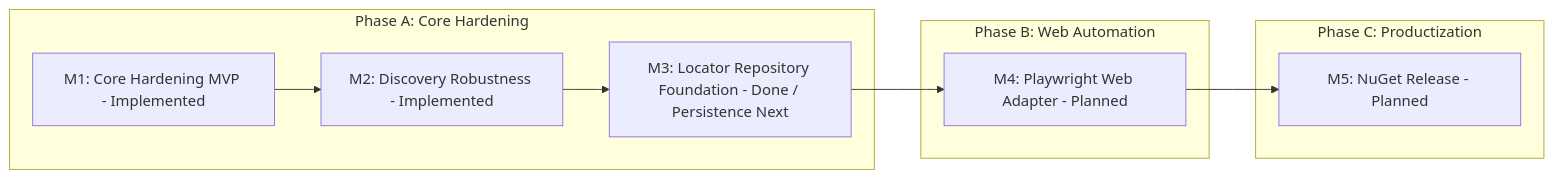
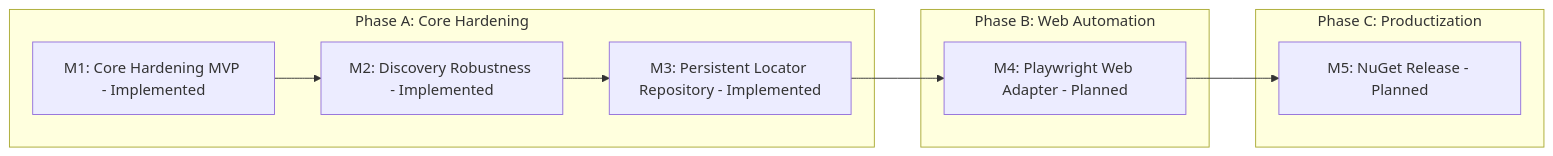
One commit to mustafasercansak/automation-sandbox changed the third of 3 diagrams in README.md. Above: the diagram before and after it, drawn with Mermaid. The commit also changed other lines of this file and 5 other files, not shown here.

Commit message:
feat: implement persistent locator repository with concurrency-safe load/save/upsert; add tests for repository functionality and healing history entry factory

````diff
--- a/README.md
+++ b/README.md
@@ -339,16 +343,16 @@
 ```mermaid
 graph LR
     subgraph PhaseA [Phase A: Core Hardening]
         M1[M1: Core Hardening MVP - Implemented]
         M2[M2: Discovery Robustness - Implemented]
-        M3[M3: Locator Repository Foundation - Done / Persistence Next]
+        M3[M3: Persistent Locator Repository - Implemented]
         M1 --> M2 --> M3
     end
     subgraph PhaseB [Phase B: Web Automation]
         M4[M4: Playwright Web Adapter - Planned]
     end
     subgraph PhaseC [Phase C: Productization]
         M5[M5: NuGet Release - Planned]
     end
     M3 --> M4 --> M5
 ```
````
